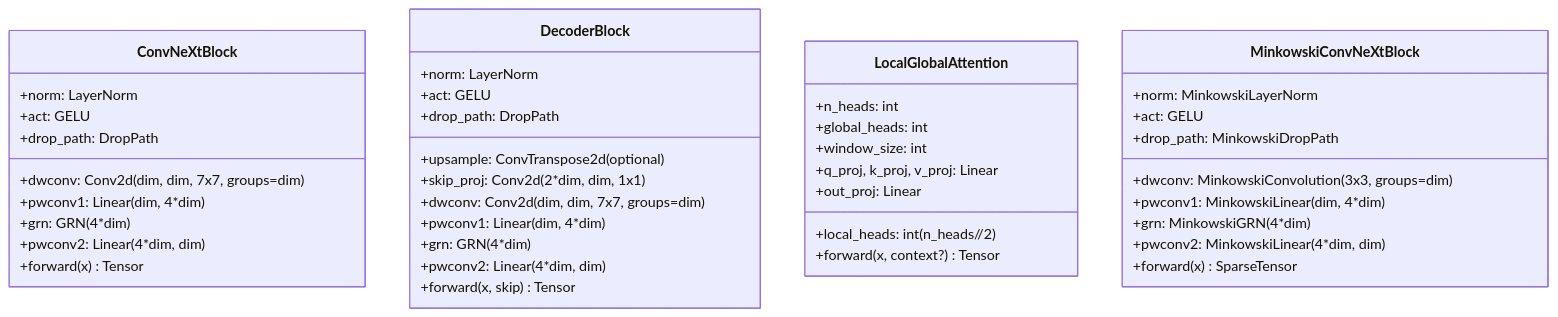
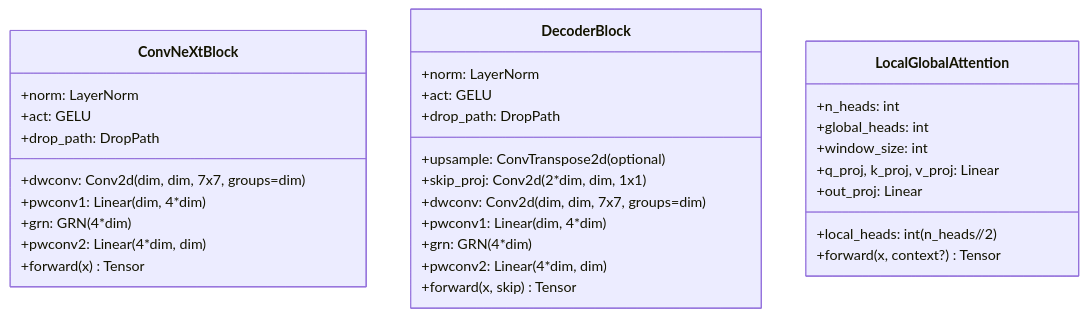
One commit to hoangtung386/Prometheus changed the first of 8 diagrams in docs/Architecture.md. Above: the diagram before and after it, drawn with Mermaid. The commit also changed other lines of this file, not shown here.

Commit message:
Remove MinkowskiEngine references from architecture docs (unimplemented modules)

````diff
--- a/docs/Architecture.md
+++ b/docs/Architecture.md
@@ -27,48 +26,37 @@
 ```mermaid
 classDiagram
     class ConvNeXtBlock {
         +dwconv: Conv2d(dim, dim, 7x7, groups=dim)
         +norm: LayerNorm
         +pwconv1: Linear(dim, 4*dim)
         +act: GELU
         +grn: GRN(4*dim)
         +pwconv2: Linear(4*dim, dim)
         +drop_path: DropPath
         +forward(x) Tensor
     }
 
     class DecoderBlock {
         +upsample: ConvTranspose2d (optional)
         +skip_proj: Conv2d(2*dim, dim, 1x1)
         +dwconv: Conv2d(dim, dim, 7x7, groups=dim)
         +norm: LayerNorm
         +pwconv1: Linear(dim, 4*dim)
         +act: GELU
         +grn: GRN(4*dim)
         +pwconv2: Linear(4*dim, dim)
         +drop_path: DropPath
         +forward(x, skip) Tensor
     }
 
     class LocalGlobalAttention {
         +n_heads: int
         +local_heads: int (n_heads//2)
         +global_heads: int
         +window_size: int
         +q_proj, k_proj, v_proj: Linear
         +out_proj: Linear
         +forward(x, context?) Tensor
     }
 
-    class MinkowskiConvNeXtBlock {
-        +dwconv: MinkowskiConvolution(3x3, groups=dim)
-        +norm: MinkowskiLayerNorm
-        +pwconv1: MinkowskiLinear(dim, 4*dim)
-        +act: GELU
-        +grn: MinkowskiGRN(4*dim)
-        +pwconv2: MinkowskiLinear(4*dim, dim)
-        +drop_path: MinkowskiDropPath
-        +forward(x) SparseTensor
-    }
-
 ```
````
